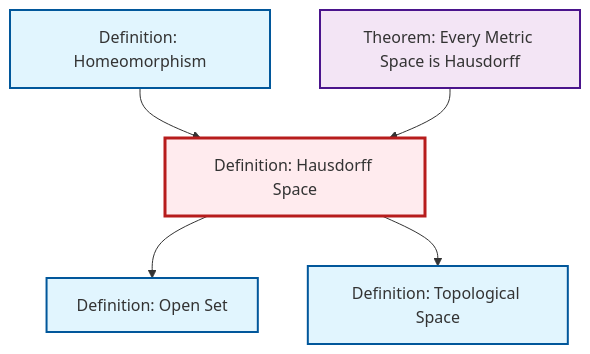
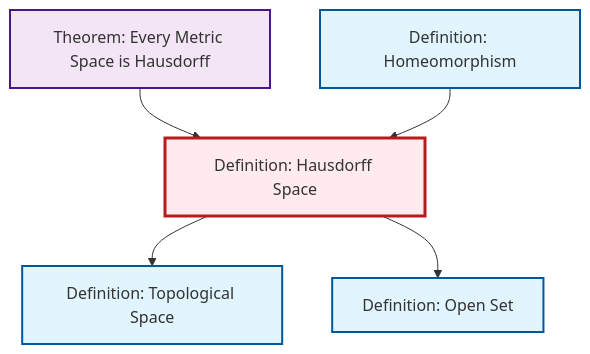
One commit to RK0429/ModernMath changed the diagram in content/en/topology/def-hausdorff.qmd. Above: the diagram before and after it, drawn with Mermaid. The commit also changed other lines of this file and 497 other files, not shown here.

````diff
--- a/content/en/topology/def-hausdorff.qmd
+++ b/content/en/topology/def-hausdorff.qmd
@@ -53,23 +53,23 @@
 ```{mermaid}
 %%| fig-cap: "Local dependency graph"
 graph TD
     classDef definition fill:#e1f5fe,stroke:#01579b,stroke-width:2px
     classDef theorem fill:#f3e5f5,stroke:#4a148c,stroke-width:2px
     classDef axiom fill:#fff3e0,stroke:#e65100,stroke-width:2px
     classDef example fill:#e8f5e9,stroke:#1b5e20,stroke-width:2px
     classDef current fill:#ffebee,stroke:#b71c1c,stroke-width:3px
-    thm-metric-hausdorff["Theorem: Every Metric Space is Hausdorff"]:::theorem
-    def-open-set["Definition: Open Set"]:::definition
-    def-topological-space["Definition: Topological Space"]:::definition
     def-hausdorff["Definition: Hausdorff Space"]:::definition
     def-homeomorphism["Definition: Homeomorphism"]:::definition
+    thm-metric-hausdorff["Theorem: Every Metric Space is Hausdorff"]:::theorem
+    def-topological-space["Definition: Topological Space"]:::definition
+    def-open-set["Definition: Open Set"]:::definition
+    thm-metric-hausdorff --> def-hausdorff
     def-homeomorphism --> def-hausdorff
-    thm-metric-hausdorff --> def-hausdorff
+    def-hausdorff --> def-topological-space
     def-hausdorff --> def-open-set
-    def-hausdorff --> def-topological-space
     class def-hausdorff current
+    click def-homeomorphism "def-homeomorphism.html" "Go to Homeomorphism definition"
     click thm-metric-hausdorff "thm-metric-hausdorff.html" "Go to Every Metric Space is Hausdorff theorem"
+    click def-topological-space "def-topological-space.html" "Go to Topological Space definition"
     click def-open-set "def-open-set.html" "Go to Open Set definition"
-    click def-topological-space "def-topological-space.html" "Go to Topological Space definition"
-    click def-homeomorphism "def-homeomorphism.html" "Go to Homeomorphism definition"
 ```
````
